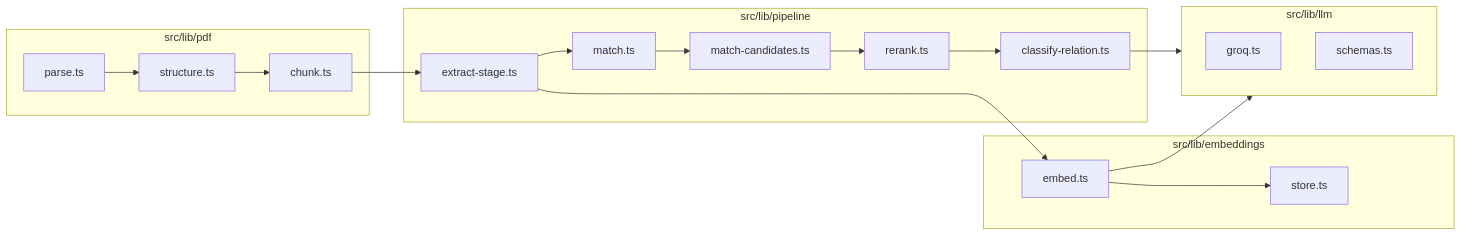
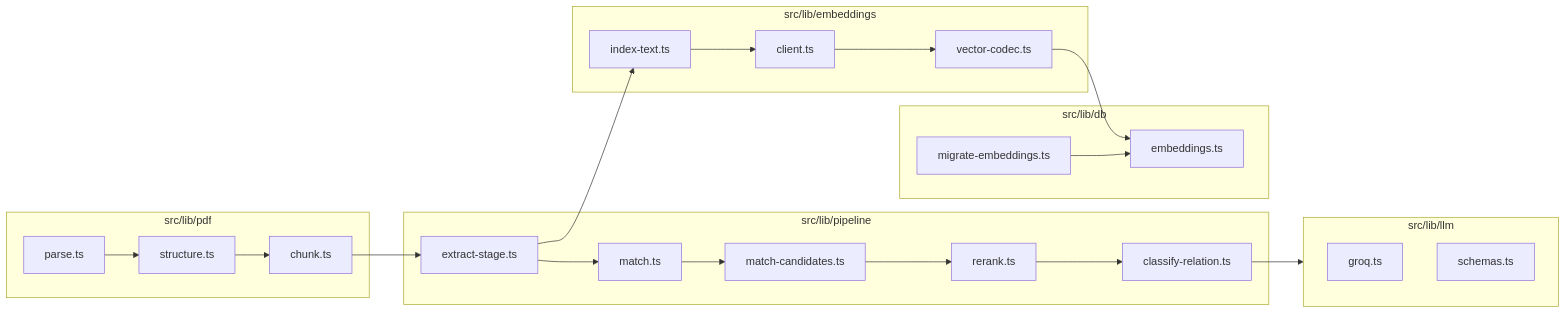
Before and after one commit to PrasannaPal21/superjoin-assignement: the tenth of 10 diagrams in docs/RAG_ARCHITECTURE.md, drawn with Mermaid. The commit also changed other lines of this file and 6 other files, not shown here.

Commit message:
feat(embeddings): add vector storage schema and crud verified

````diff
--- a/docs/RAG_ARCHITECTURE.md
+++ b/docs/RAG_ARCHITECTURE.md
@@ -398,31 +408,36 @@
 ```mermaid
 flowchart LR
   subgraph pdf [src/lib/pdf]
     parse[parse.ts]
     structure[structure.ts]
     chunk[chunk.ts]
   end
   subgraph pipe [src/lib/pipeline]
     extract[extract-stage.ts]
     candidates[match-candidates.ts]
     rerank[rerank.ts]
     classify[classify-relation.ts]
     match[match.ts]
   end
   subgraph emb [src/lib/embeddings]
-    embed[embed.ts]
-    store[store.ts]
+    indexText[index-text.ts]
+    client[client.ts]
+    codec[vector-codec.ts]
+  end
+  subgraph dbemb [src/lib/db]
+    migrateEmb[migrate-embeddings.ts]
+    embCrud[embeddings.ts]
   end
   subgraph llm [src/lib/llm]
     groq[groq.ts]
     schemas[schemas.ts]
   end
 
   parse --> structure --> chunk --> extract
-  extract --> embed
-  embed --> store
+  extract --> indexText --> client
+  client --> codec --> embCrud
+  migrateEmb --> embCrud
   extract --> match
   match --> candidates --> rerank --> classify
   classify --> llm
-  embed --> llm
 ```
````
